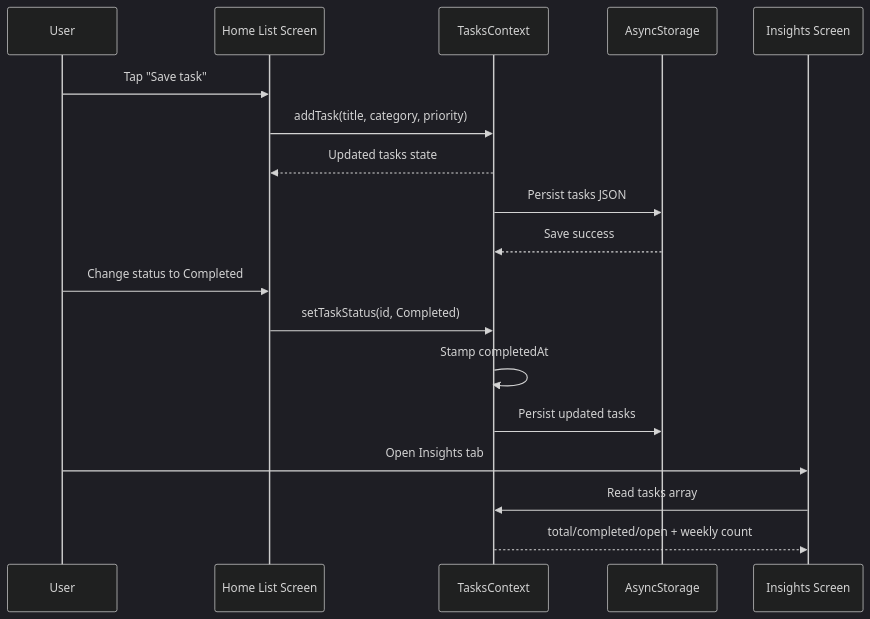
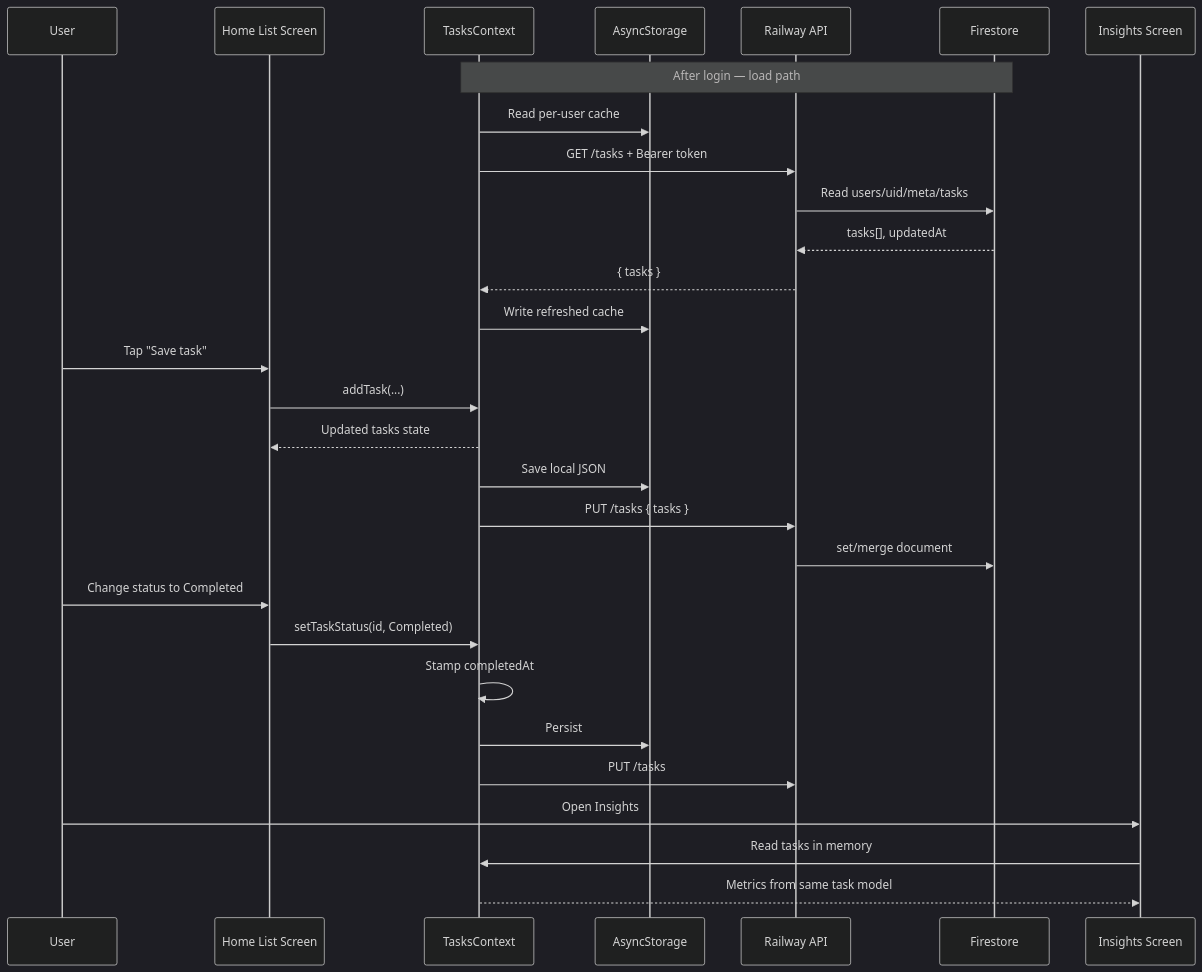
The third of 3 diagrams in REPORT.md (Abubaker23alluhaibi/smarttaks), drawn with Mermaid (dark theme) before and after one commit. The commit also changed other lines of this file and 19 other files, not shown here.

````diff
--- a/REPORT.md
+++ b/REPORT.md
@@ -83,22 +111,35 @@
 ```mermaid
 sequenceDiagram
   participant U as User
   participant HL as Home List Screen
   participant TC as TasksContext
   participant ST as AsyncStorage
+  participant API as Railway API
+  participant FS as Firestore
   participant IN as Insights Screen
 
+  Note over TC,FS: After login — load path
+  TC->>ST: Read per-user cache
+  TC->>API: GET /tasks + Bearer token
+  API->>FS: Read users/uid/meta/tasks
+  FS-->>API: tasks[], updatedAt
+  API-->>TC: { tasks }
+  TC->>ST: Write refreshed cache
+
   U->>HL: Tap "Save task"
-  HL->>TC: addTask(title, category, priority)
+  HL->>TC: addTask(...)
   TC-->>HL: Updated tasks state
-  TC->>ST: Persist tasks JSON
-  ST-->>TC: Save success
+  TC->>ST: Save local JSON
+  TC->>API: PUT /tasks { tasks }
+  API->>FS: set/merge document
 
   U->>HL: Change status to Completed
   HL->>TC: setTaskStatus(id, Completed)
   TC->>TC: Stamp completedAt
-  TC->>ST: Persist updated tasks
-  U->>IN: Open Insights tab
-  IN->>TC: Read tasks array
-  TC-->>IN: total/completed/open + weekly count
+  TC->>ST: Persist
+  TC->>API: PUT /tasks
+
+  U->>IN: Open Insights
+  IN->>TC: Read tasks in memory
+  TC-->>IN: Metrics from same task model
 ```
````
